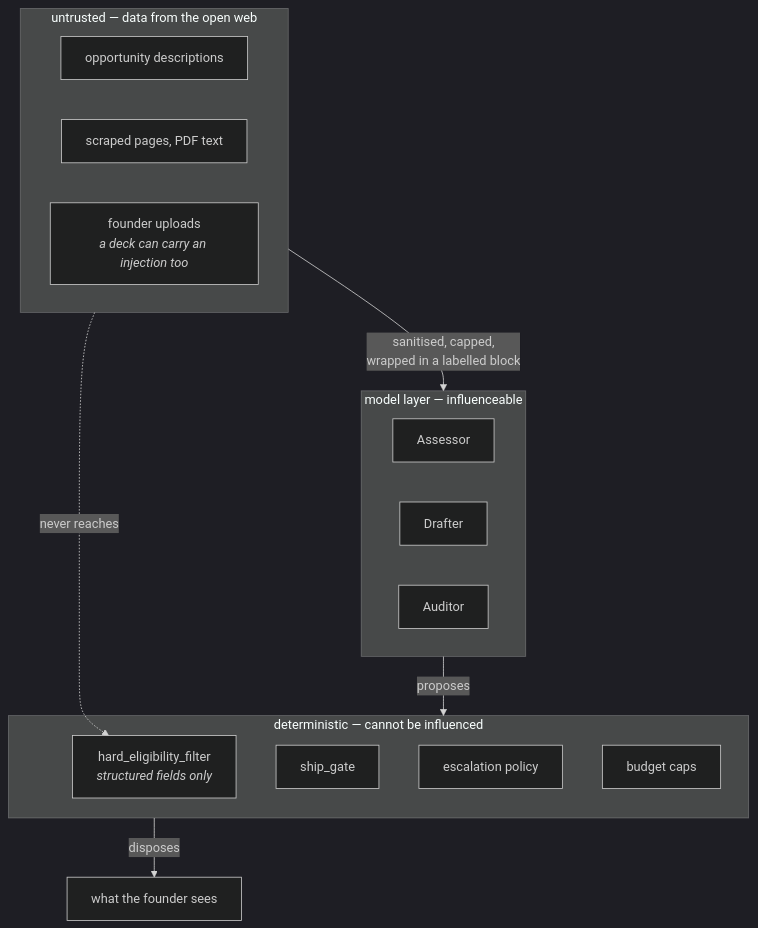
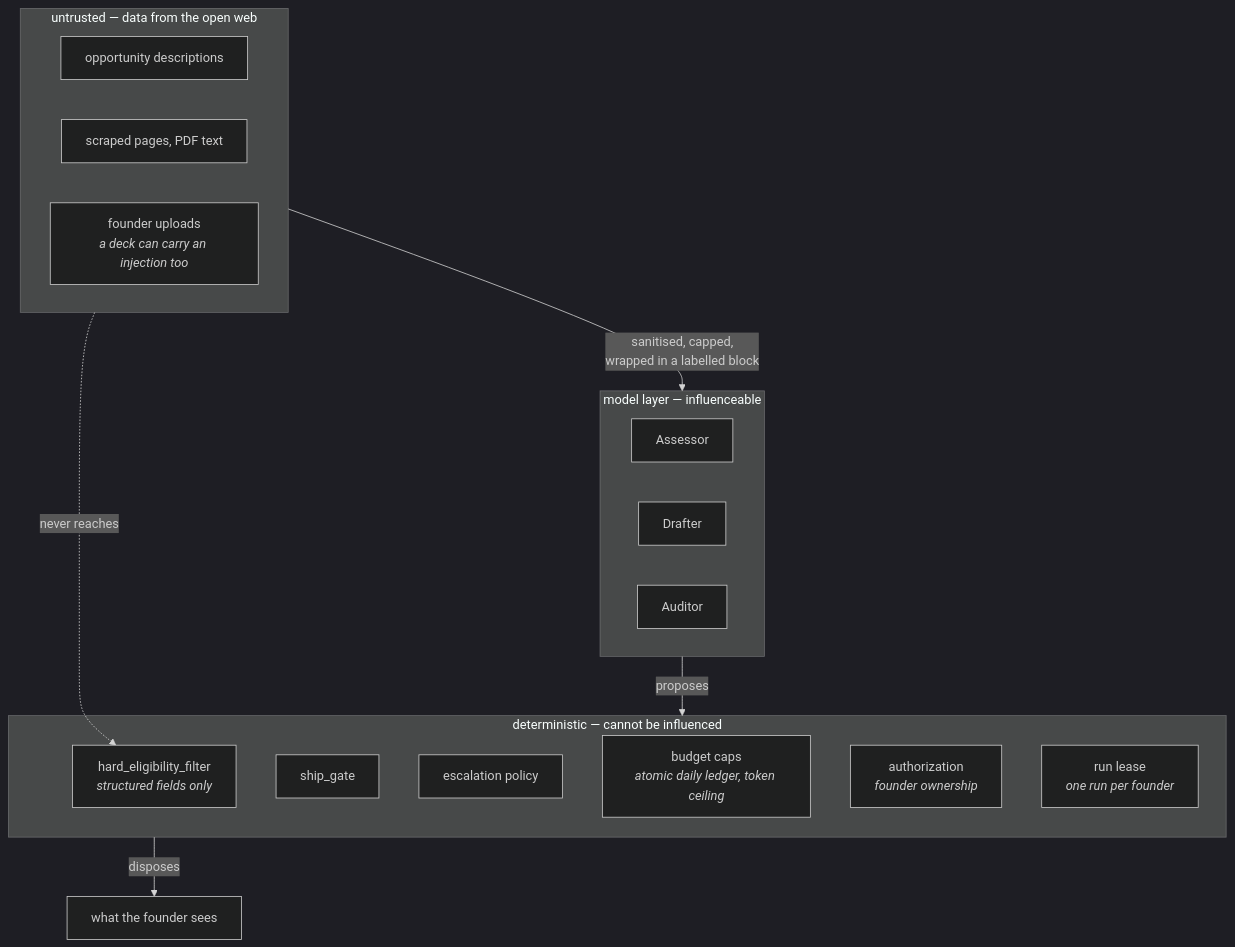
Before and after one commit to N1tu-Mar/Kairos: the fourth of 4 diagrams in docs/architecture.md, drawn with Mermaid (dark theme). The commit also changed other lines of this file and 3 other files, not shown here.

````diff
--- a/docs/architecture.md
+++ b/docs/architecture.md
@@ -87,26 +133,28 @@
 ```mermaid
 flowchart TB
     subgraph UNTRUSTED["untrusted — data from the open web"]
         DESC["opportunity descriptions"]
         SCRAPE["scraped pages, PDF text"]
         UPLOAD["founder uploads<br/><i>a deck can carry an injection too</i>"]
     end
 
     subgraph MODEL["model layer — influenceable"]
         ASSESSOR["Assessor"]
         DRAFTER["Drafter"]
         AUDITOR["Auditor"]
     end
 
     subgraph PYTHON["deterministic — cannot be influenced"]
         HARD["hard_eligibility_filter<br/><i>structured fields only</i>"]
         GATE2["ship_gate"]
         POL["escalation policy"]
-        BUDGET["budget caps"]
+        BUDGET["budget caps<br/><i>atomic daily ledger, token ceiling</i>"]
+        AUTHZ2["authorization<br/><i>founder ownership</i>"]
+        LEASE2["run lease<br/><i>one run per founder</i>"]
     end
 
     UNTRUSTED -->|"sanitised, capped,<br/>wrapped in a labelled block"| MODEL
     UNTRUSTED -.->|"never reaches"| HARD
     MODEL -->|"proposes"| PYTHON
     PYTHON -->|"disposes"| OUT["what the founder sees"]
 ```
````
